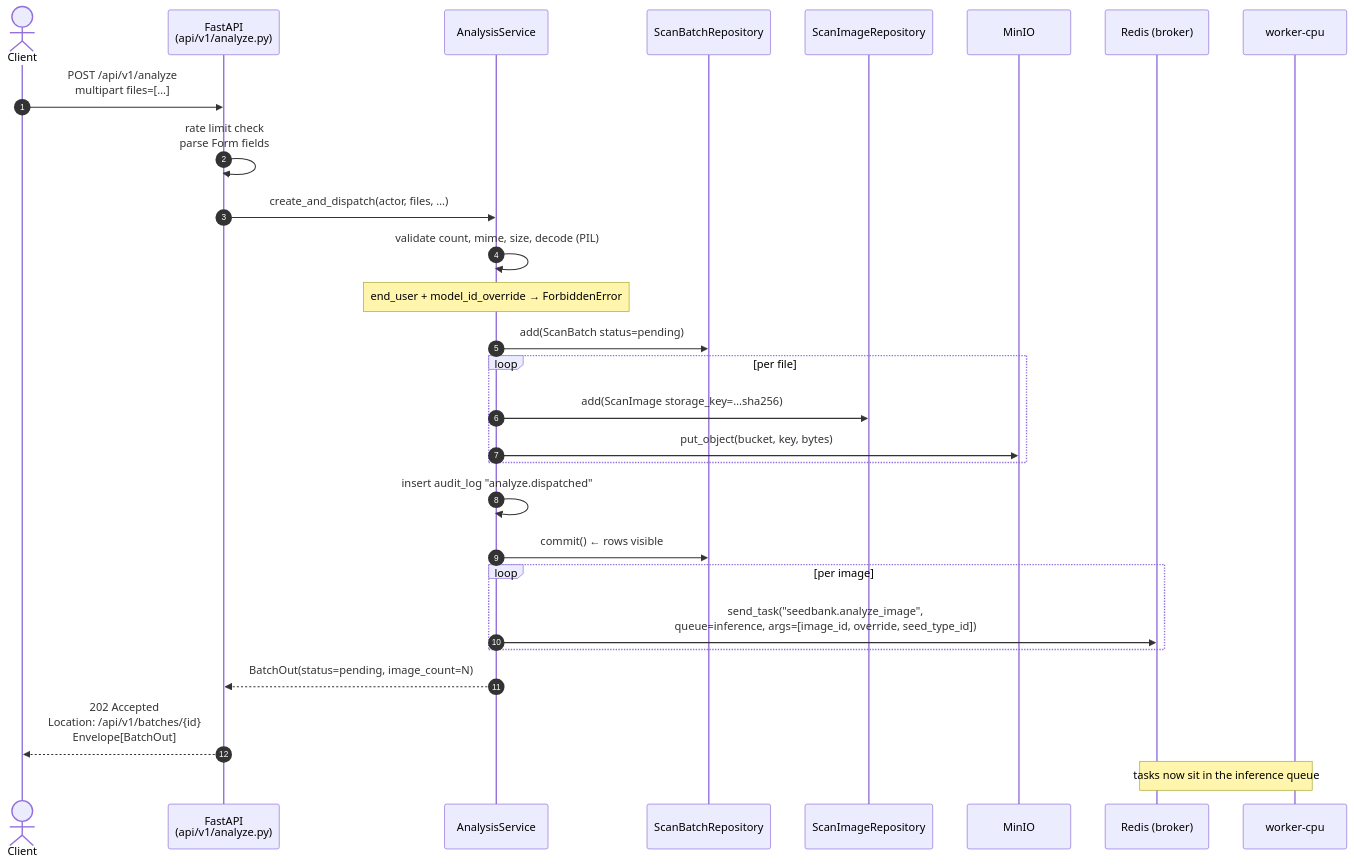
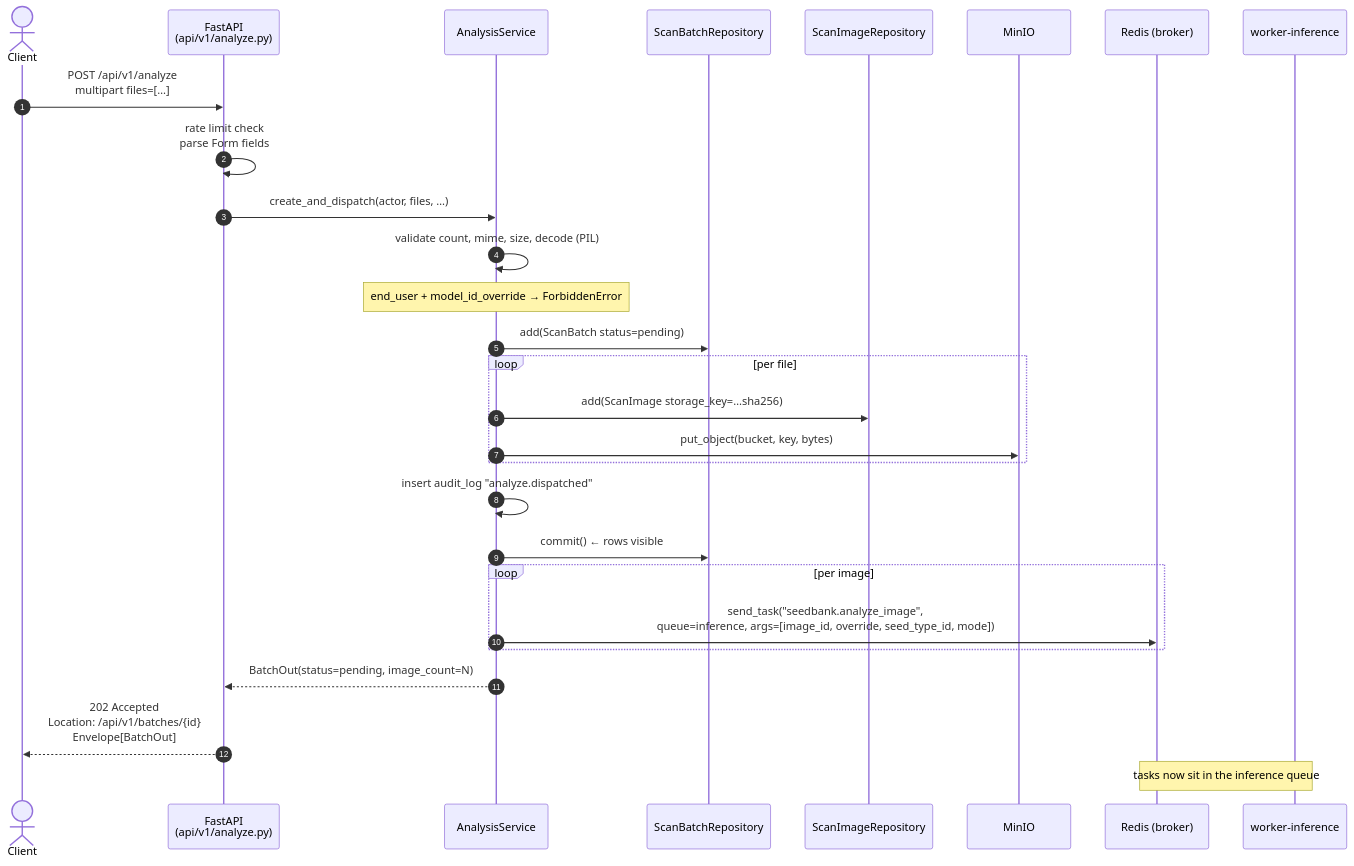
The first of 3 diagrams in docs/diagrams/06-analyze-sequence.md (RealOrangeKun/seed-bank), drawn with Mermaid before and after one commit. The commit also changed other lines of this file and 18 other files, not shown here.

````diff
--- a/docs/diagrams/06-analyze-sequence.md
+++ b/docs/diagrams/06-analyze-sequence.md
@@ -9,35 +9,35 @@
 ```mermaid
 sequenceDiagram
     autonumber
     actor Client
     participant API as FastAPI<br/>(api/v1/analyze.py)
     participant Svc as AnalysisService
     participant SBR as ScanBatchRepository
     participant SIR as ScanImageRepository
     participant Min as MinIO
     participant Q as Redis (broker)
-    participant W as worker-cpu
+    participant W as worker-inference
 
     Client->>API: POST /api/v1/analyze<br/>multipart files=[…]
     API->>API: rate limit check<br/>parse Form fields
     API->>Svc: create_and_dispatch(actor, files, …)
 
     Svc->>Svc: validate count, mime, size, decode (PIL)
     note over Svc: end_user + model_id_override → ForbiddenError
 
     Svc->>SBR: add(ScanBatch status=pending)
     loop per file
         Svc->>SIR: add(ScanImage storage_key=…sha256)
         Svc->>Min: put_object(bucket, key, bytes)
     end
     Svc->>Svc: insert audit_log "analyze.dispatched"
     Svc->>SBR: commit() ← rows visible
     loop per image
-        Svc->>Q: send_task("seedbank.analyze_image",<br/>queue=inference, args=[image_id, override, seed_type_id])
+        Svc->>Q: send_task("seedbank.analyze_image",<br/>queue=inference, args=[image_id, override, seed_type_id, mode])
     end
     Svc-->>API: BatchOut(status=pending, image_count=N)
 
     API-->>Client: 202 Accepted<br/>Location: /api/v1/batches/{id}<br/>Envelope[BatchOut]
 
     note over Q,W: tasks now sit in the inference queue
 ```
````
